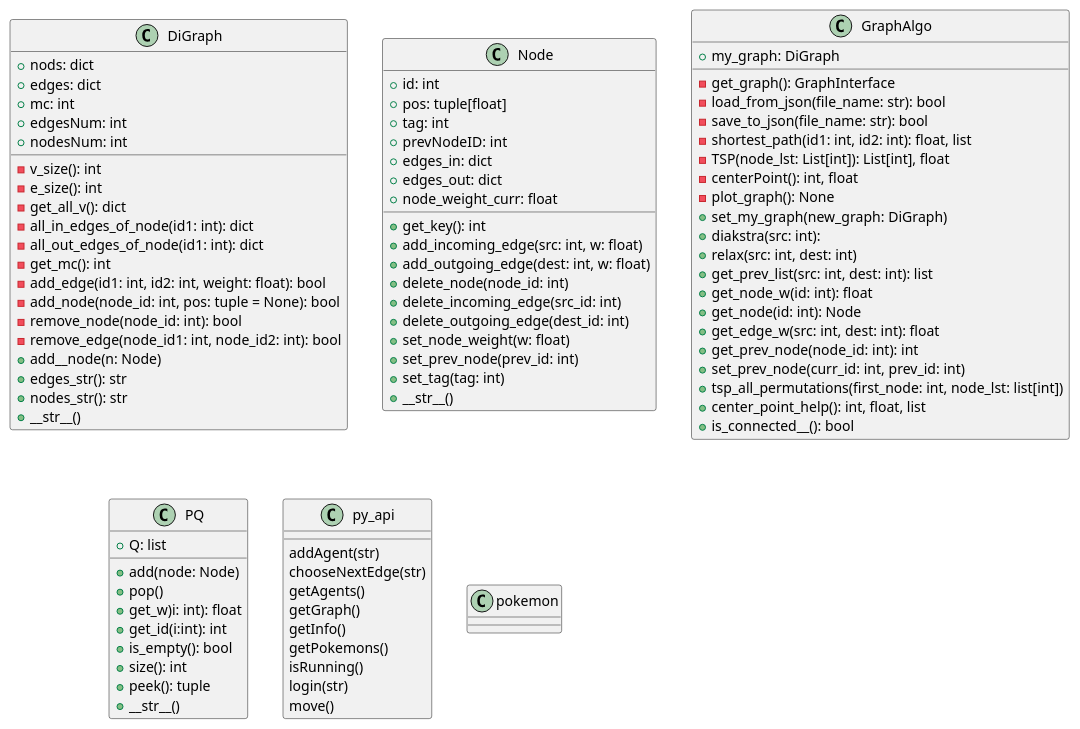
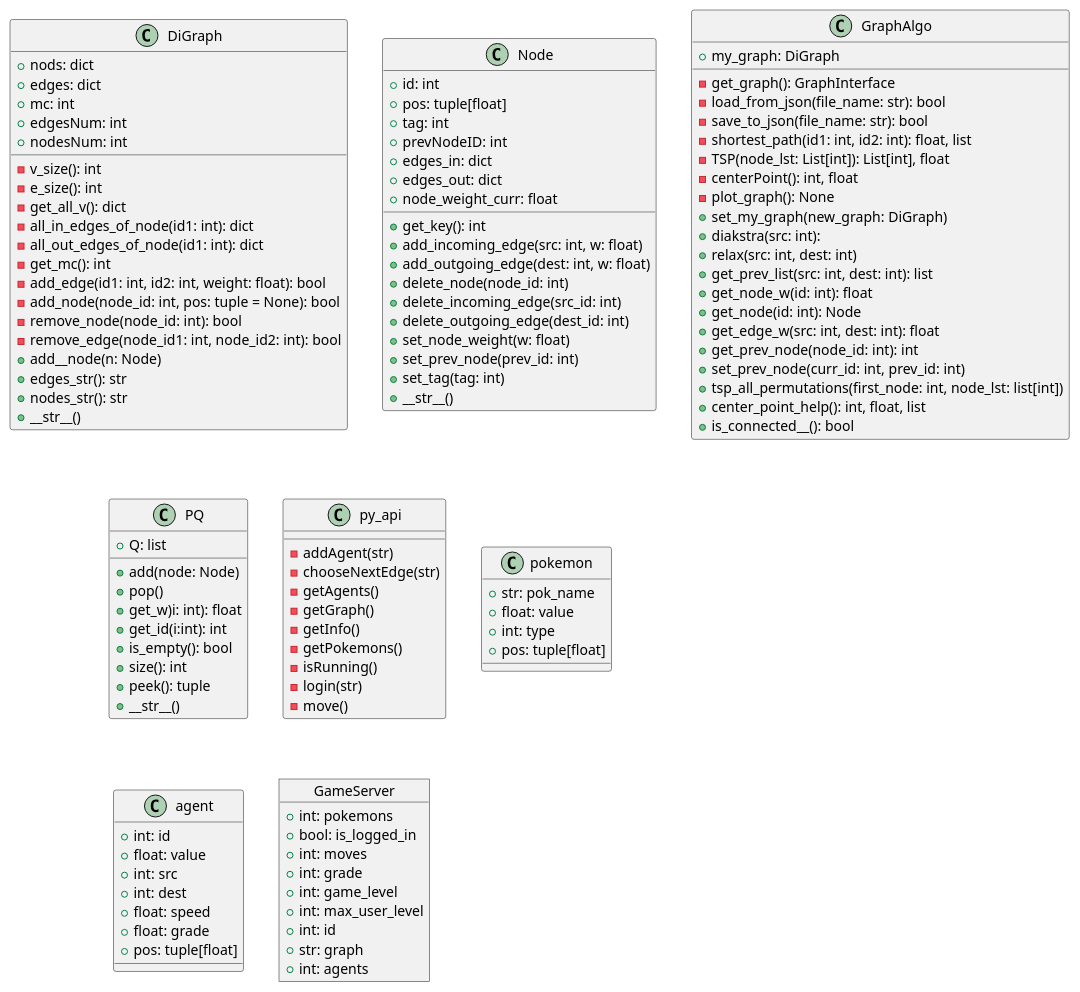
Before and after one commit to Matanel1995/OOP-Ex4-Pokemon-Game: the diagram in docs/OOP_Ex4_uml.puml, drawn with PlantUML. The commit also changed 2 other files, not shown here.

```diff
--- a/docs/OOP_Ex4_uml.puml
+++ b/docs/OOP_Ex4_uml.puml
@@ -2,100 +2,125 @@
 @startuml
 
 
 class DiGraph{
 +nods: dict
 +edges: dict
 +mc: int
 +edgesNum: int
 +nodesNum: int
 -v_size(): int
 -e_size(): int
 -get_all_v(): dict
 -all_in_edges_of_node(id1: int): dict
 -all_out_edges_of_node(id1: int): dict
 -get_mc(): int
 -add_edge(id1: int, id2: int, weight: float): bool
 -add_node(node_id: int, pos: tuple = None): bool
 -remove_node(node_id: int): bool
 -remove_edge(node_id1: int, node_id2: int): bool
 +add__node(n: Node)
 +edges_str(): str
 +nodes_str(): str
 +__str__()
 }
 
 class Node{
 +id: int
 +pos: tuple[float]
 +tag: int
 +prevNodeID: int
 +edges_in: dict
 +edges_out: dict
 +node_weight_curr: float
 +get_key(): int
 +add_incoming_edge(src: int, w: float)
 +add_outgoing_edge(dest: int, w: float)
 +delete_node(node_id: int)
 +delete_incoming_edge(src_id: int)
 +delete_outgoing_edge(dest_id: int)
 +set_node_weight(w: float)
 +set_prev_node(prev_id: int)
 +set_tag(tag: int)
 +__str__()
 }
 
 class GraphAlgo{
 +my_graph: DiGraph
 -get_graph(): GraphInterface
 -load_from_json(file_name: str): bool
 -save_to_json(file_name: str): bool
 -shortest_path(id1: int, id2: int): float, list
 -TSP(node_lst: List[int]): List[int], float
 -centerPoint(): int, float
 -plot_graph(): None
 +set_my_graph(new_graph: DiGraph)
 +diakstra(src: int):
 +relax(src: int, dest: int)
 +get_prev_list(src: int, dest: int): list
 +get_node_w(id: int): float
 +get_node(id: int): Node
 '+get_node_tag(id: int): int
 '+set_node_tag(id: int, tag)
 '+set_path_w(id: int, w: float)
 +get_edge_w(src: int, dest: int): float
 +get_prev_node(node_id: int): int
 +set_prev_node(curr_id: int, prev_id: int)
 +tsp_all_permutations(first_node: int, node_lst: list[int])
 +center_point_help(): int, float, list
 +is_connected__(): bool
 }
 
 class PQ{
 +Q: list
 +add(node: Node)
 +pop()
 +get_w)i: int): float
 +get_id(i:int): int
 +is_empty(): bool
 +size(): int
 +peek(): tuple
 +__str__()
 }
 
 class py_api{
-addAgent(str)
-chooseNextEdge(str)
-getAgents()
-getGraph()
-getInfo()
-getPokemons()
-isRunning()
-login(str)
-move()
+-addAgent(str)
+-chooseNextEdge(str)
+-getAgents()
+-getGraph()
+-getInfo()
+-getPokemons()
+-isRunning()
+-login(str)
+-move()
 }
 
 class pokemon{
++str: pok_name
++float: value
++int: type
++pos: tuple[float]
+}
 
+class agent{
++int: id
++float: value
++int: src
++int: dest
++float: speed
++float: grade
++pos: tuple[float]
+}
+
+object GameServer{
++int: pokemons
++bool: is_logged_in
++int: moves
++int: grade
++int: game_level
++int: max_user_level
++int: id
++str: graph
++int: agents
 }
 
 @enduml
```
